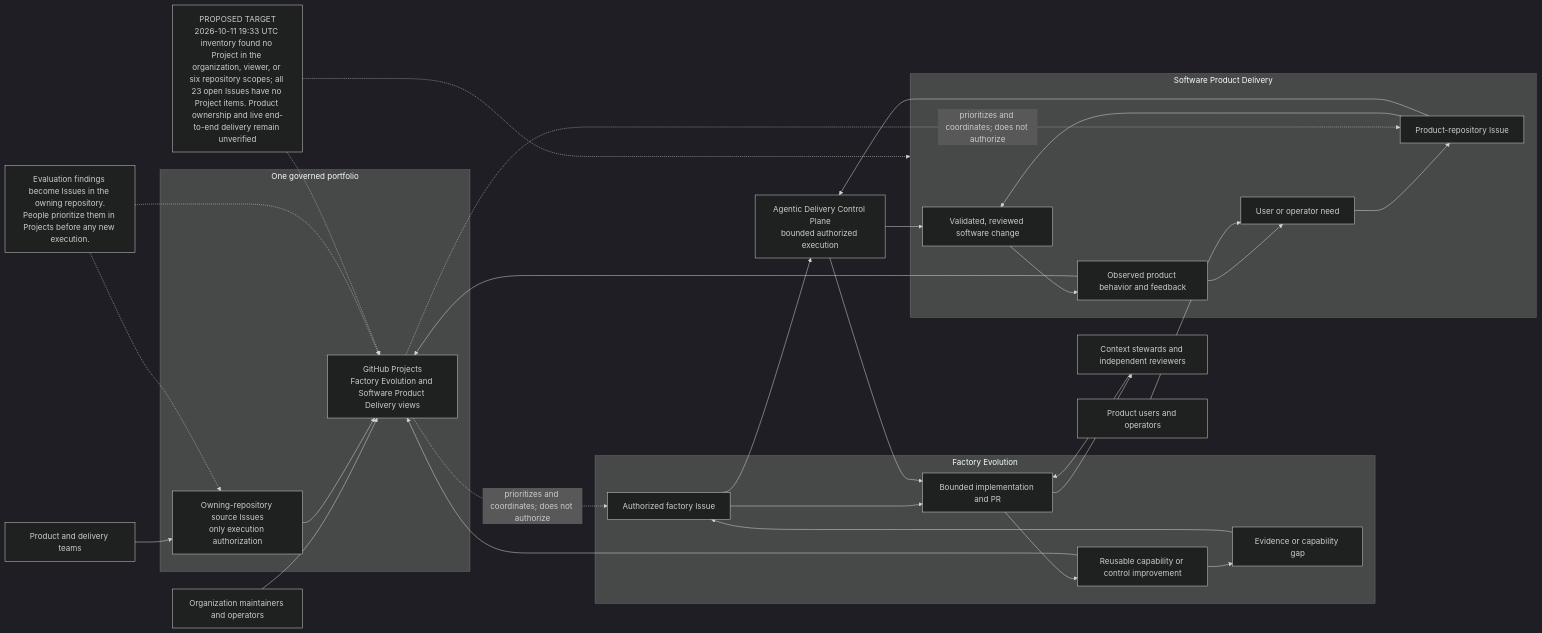
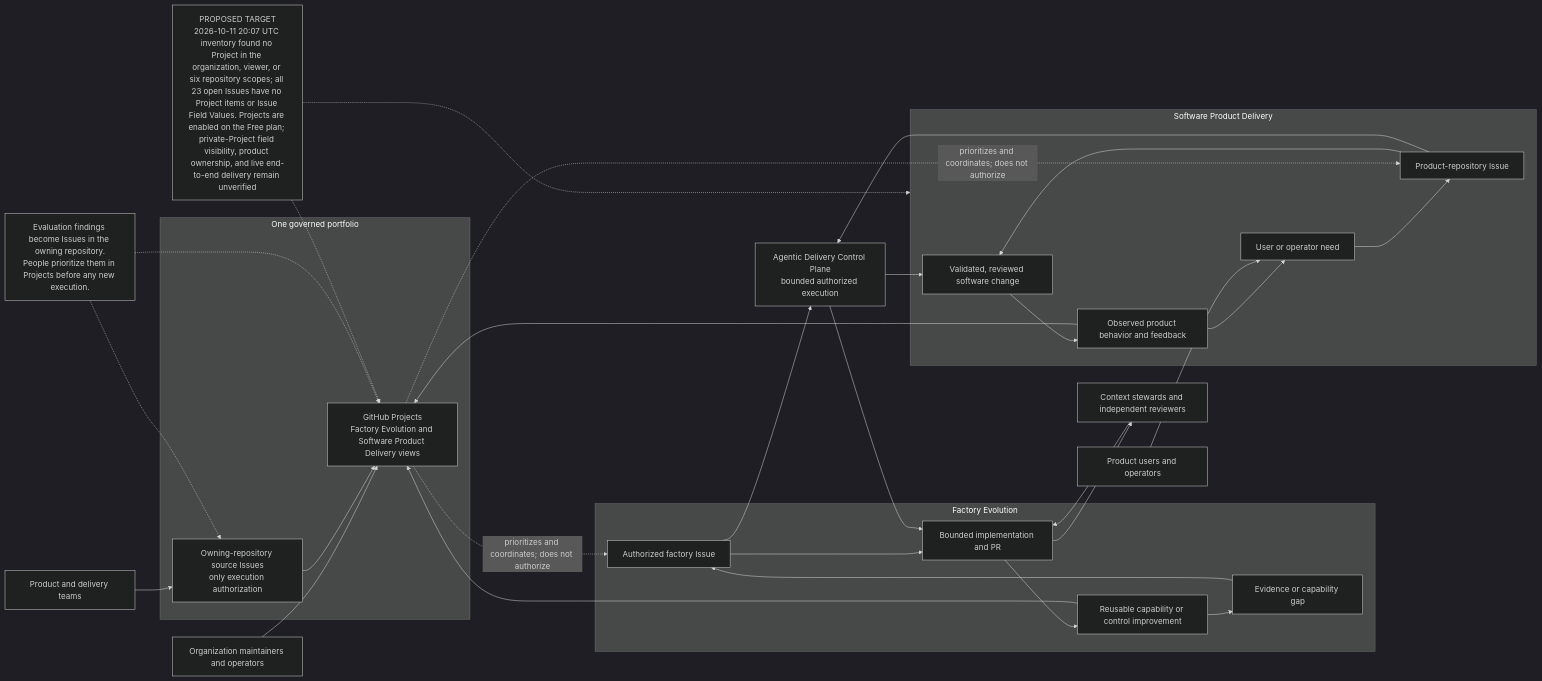
The diagram in architecture/diagrams/mermaid/strategy-value-streams.mmd (agentic-delivery-lab/agentic-delivery-architecture), drawn with Mermaid (dark theme) before and after one commit. The commit also changed 10 other files, not shown here.

Commit message:
docs(architecture): refresh Project and PR evidence

```diff
--- a/architecture/diagrams/mermaid/strategy-value-streams.mmd
+++ b/architecture/diagrams/mermaid/strategy-value-streams.mmd
@@ -1,49 +1,49 @@
 flowchart LR
-  STATUS["PROPOSED TARGET<br/>2026-10-11 19:33 UTC inventory found no Project in the organization, viewer, or six repository scopes; all 23 open Issues have no Project items. Product ownership and live end-to-end delivery remain unverified"]
+  STATUS["PROPOSED TARGET<br/>2026-10-11 20:07 UTC inventory found no Project in the organization, viewer, or six repository scopes; all 23 open Issues have no Project items or Issue Field Values. Projects are enabled on the Free plan; private-Project field visibility, product ownership, and live end-to-end delivery remain unverified"]
   MAINTAINERS["Organization maintainers and operators"]
   TEAMS["Product and delivery teams"]
   USERS["Product users and operators"]
   REVIEWERS["Context stewards and independent reviewers"]
   CONTROL["Agentic Delivery Control Plane<br/>bounded authorized execution"]
 
   subgraph PORTFOLIO["One governed portfolio"]
     PROJECT["GitHub Projects<br/>Factory Evolution and Software Product Delivery views"]
     ISSUE["Owning-repository source Issues<br/>only execution authorization"]
   end
 
   subgraph FACTORY["Factory Evolution"]
     F1["Evidence or capability gap"]
     F2["Authorized factory Issue"]
     F3["Bounded implementation and PR"]
     F4["Reusable capability or control improvement"]
     F1 --> F2 --> F3 --> F4
   end
 
   subgraph PRODUCT["Software Product Delivery"]
     P1["User or operator need"]
     P2["Product-repository Issue"]
     P3["Validated, reviewed software change"]
     P4["Observed product behavior and feedback"]
     P1 --> P2 --> P3 --> P4
   end
 
   MAINTAINERS --> PROJECT
   TEAMS --> ISSUE
   REVIEWERS --> F3
   ISSUE --> PROJECT
   PROJECT -. "prioritizes and coordinates; does not authorize" .-> F2
   PROJECT -. "prioritizes and coordinates; does not authorize" .-> P2
   F2 --> CONTROL --> F3
   P2 --> CONTROL --> P3
   F4 --> F1
   P4 --> P1
   F4 --> PROJECT
   P4 --> PROJECT
   USERS --> P1
   F3 --> REVIEWERS
 
   NOTE["Evaluation findings become Issues in the owning repository.<br/>People prioritize them in Projects before any new execution."]
   NOTE -.-> PROJECT
   NOTE -.-> ISSUE
   STATUS -.-> PROJECT
   STATUS -.-> PRODUCT
```
